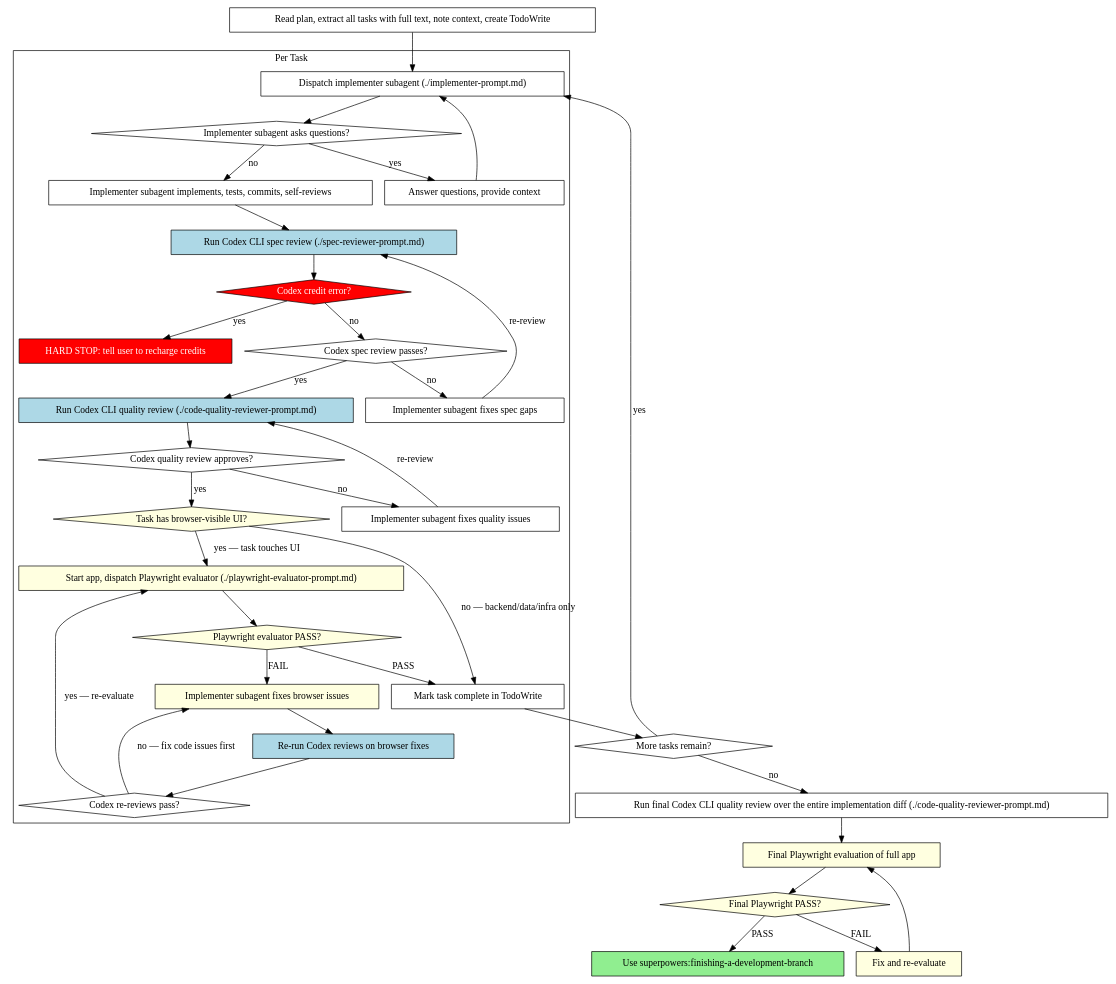
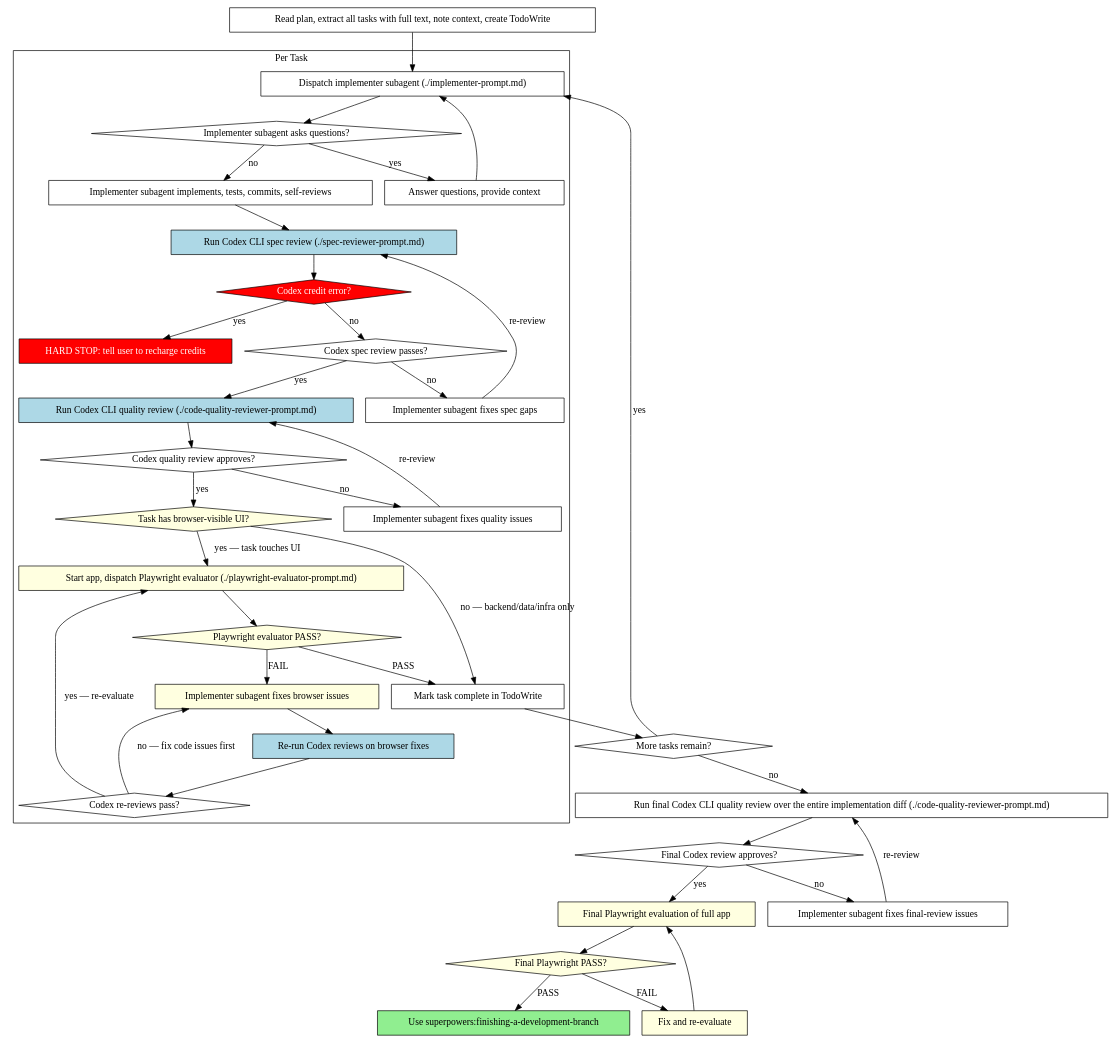
The second of 2 diagrams in skills/subagent-driven-development/SKILL.md (cateyelow/superpowers-custom), drawn with Graphviz before and after one commit. The commit also changed 3 other files, not shown here.

First line of the commit message:
Address Codex cross-review findings on the audit fixes

````diff
--- a/skills/subagent-driven-development/SKILL.md
+++ b/skills/subagent-driven-development/SKILL.md
@@ -61,70 +61,75 @@
 ```dot
 digraph process {
     rankdir=TB;
 
     subgraph cluster_per_task {
         label="Per Task";
         "Dispatch implementer subagent (./implementer-prompt.md)" [shape=box];
         "Implementer subagent asks questions?" [shape=diamond];
         "Answer questions, provide context" [shape=box];
         "Implementer subagent implements, tests, commits, self-reviews" [shape=box];
         "Run Codex CLI spec review (./spec-reviewer-prompt.md)" [shape=box style=filled fillcolor=lightblue];
         "Codex spec review passes?" [shape=diamond];
         "Codex credit error?" [shape=diamond style=filled fillcolor=red fontcolor=white];
         "HARD STOP: tell user to recharge credits" [shape=box style=filled fillcolor=red fontcolor=white];
         "Implementer subagent fixes spec gaps" [shape=box];
         "Run Codex CLI quality review (./code-quality-reviewer-prompt.md)" [shape=box style=filled fillcolor=lightblue];
         "Codex quality review approves?" [shape=diamond];
         "Implementer subagent fixes quality issues" [shape=box];
         "Task has browser-visible UI?" [shape=diamond style=filled fillcolor=lightyellow];
         "Start app, dispatch Playwright evaluator (./playwright-evaluator-prompt.md)" [shape=box style=filled fillcolor=lightyellow];
         "Playwright evaluator PASS?" [shape=diamond style=filled fillcolor=lightyellow];
         "Implementer subagent fixes browser issues" [shape=box style=filled fillcolor=lightyellow];
         "Re-run Codex reviews on browser fixes" [shape=box style=filled fillcolor=lightblue];
         "Codex re-reviews pass?" [shape=diamond];
         "Mark task complete in TodoWrite" [shape=box];
     }
 
     "Read plan, extract all tasks with full text, note context, create TodoWrite" [shape=box];
     "More tasks remain?" [shape=diamond];
     "Run final Codex CLI quality review over the entire implementation diff (./code-quality-reviewer-prompt.md)" [shape=box];
+    "Final Codex review approves?" [shape=diamond];
+    "Implementer subagent fixes final-review issues" [shape=box];
     "Final Playwright evaluation of full app" [shape=box style=filled fillcolor=lightyellow];
     "Final Playwright PASS?" [shape=diamond style=filled fillcolor=lightyellow];
     "Fix and re-evaluate" [shape=box style=filled fillcolor=lightyellow];
     "Use superpowers:finishing-a-development-branch" [shape=box style=filled fillcolor=lightgreen];
 
     "Read plan, extract all tasks with full text, note context, create TodoWrite" -> "Dispatch implementer subagent (./implementer-prompt.md)";
     "Dispatch implementer subagent (./implementer-prompt.md)" -> "Implementer subagent asks questions?";
     "Implementer subagent asks questions?" -> "Answer questions, provide context" [label="yes"];
     "Answer questions, provide context" -> "Dispatch implementer subagent (./implementer-prompt.md)";
     "Implementer subagent asks questions?" -> "Implementer subagent implements, tests, commits, self-reviews" [label="no"];
     "Implementer subagent implements, tests, commits, self-reviews" -> "Run Codex CLI spec review (./spec-reviewer-prompt.md)";
     "Run Codex CLI spec review (./spec-reviewer-prompt.md)" -> "Codex credit error?";
     "Codex credit error?" -> "HARD STOP: tell user to recharge credits" [label="yes"];
     "Codex credit error?" -> "Codex spec review passes?" [label="no"];
     "Codex spec review passes?" -> "Implementer subagent fixes spec gaps" [label="no"];
     "Implementer subagent fixes spec gaps" -> "Run Codex CLI spec review (./spec-reviewer-prompt.md)" [label="re-review"];
     "Codex spec review passes?" -> "Run Codex CLI quality review (./code-quality-reviewer-prompt.md)" [label="yes"];
     "Run Codex CLI quality review (./code-quality-reviewer-prompt.md)" -> "Codex quality review approves?";
     "Codex quality review approves?" -> "Implementer subagent fixes quality issues" [label="no"];
     "Implementer subagent fixes quality issues" -> "Run Codex CLI quality review (./code-quality-reviewer-prompt.md)" [label="re-review"];
     "Codex quality review approves?" -> "Task has browser-visible UI?" [label="yes"];
     "Task has browser-visible UI?" -> "Start app, dispatch Playwright evaluator (./playwright-evaluator-prompt.md)" [label="yes — task touches UI"];
     "Task has browser-visible UI?" -> "Mark task complete in TodoWrite" [label="no — backend/data/infra only"];
     "Start app, dispatch Playwright evaluator (./playwright-evaluator-prompt.md)" -> "Playwright evaluator PASS?";
     "Playwright evaluator PASS?" -> "Mark task complete in TodoWrite" [label="PASS"];
     "Playwright evaluator PASS?" -> "Implementer subagent fixes browser issues" [label="FAIL"];
     "Implementer subagent fixes browser issues" -> "Re-run Codex reviews on browser fixes";
     "Re-run Codex reviews on browser fixes" -> "Codex re-reviews pass?";
     "Codex re-reviews pass?" -> "Start app, dispatch Playwright evaluator (./playwright-evaluator-prompt.md)" [label="yes — re-evaluate"];
     "Codex re-reviews pass?" -> "Implementer subagent fixes browser issues" [label="no — fix code issues first"];
     "Mark task complete in TodoWrite" -> "More tasks remain?";
     "More tasks remain?" -> "Dispatch implementer subagent (./implementer-prompt.md)" [label="yes"];
     "More tasks remain?" -> "Run final Codex CLI quality review over the entire implementation diff (./code-quality-reviewer-prompt.md)" [label="no"];
-    "Run final Codex CLI quality review over the entire implementation diff (./code-quality-reviewer-prompt.md)" -> "Final Playwright evaluation of full app";
+    "Run final Codex CLI quality review over the entire implementation diff (./code-quality-reviewer-prompt.md)" -> "Final Codex review approves?";
+    "Final Codex review approves?" -> "Final Playwright evaluation of full app" [label="yes"];
+    "Final Codex review approves?" -> "Implementer subagent fixes final-review issues" [label="no"];
+    "Implementer subagent fixes final-review issues" -> "Run final Codex CLI quality review over the entire implementation diff (./code-quality-reviewer-prompt.md)" [label="re-review"];
     "Final Playwright evaluation of full app" -> "Final Playwright PASS?";
     "Final Playwright PASS?" -> "Use superpowers:finishing-a-development-branch" [label="PASS"];
     "Final Playwright PASS?" -> "Fix and re-evaluate" [label="FAIL"];
     "Fix and re-evaluate" -> "Final Playwright evaluation of full app";
 }
 ```
````
